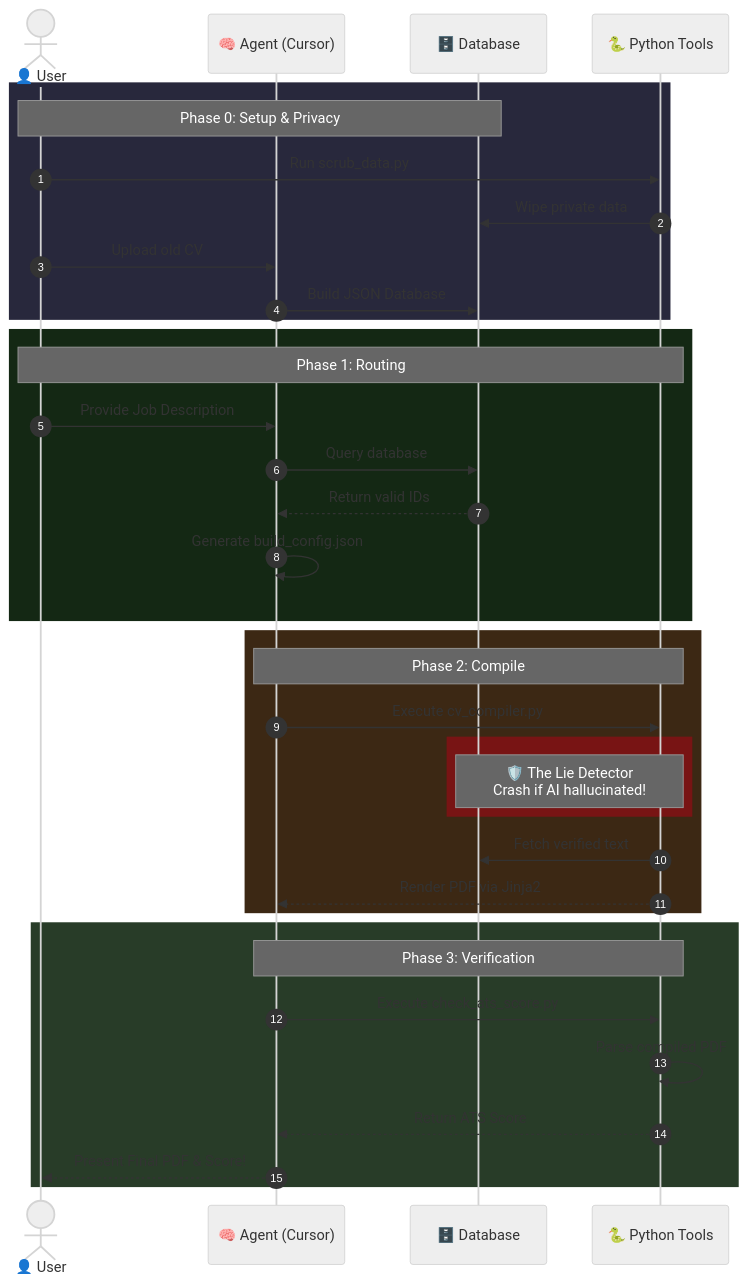
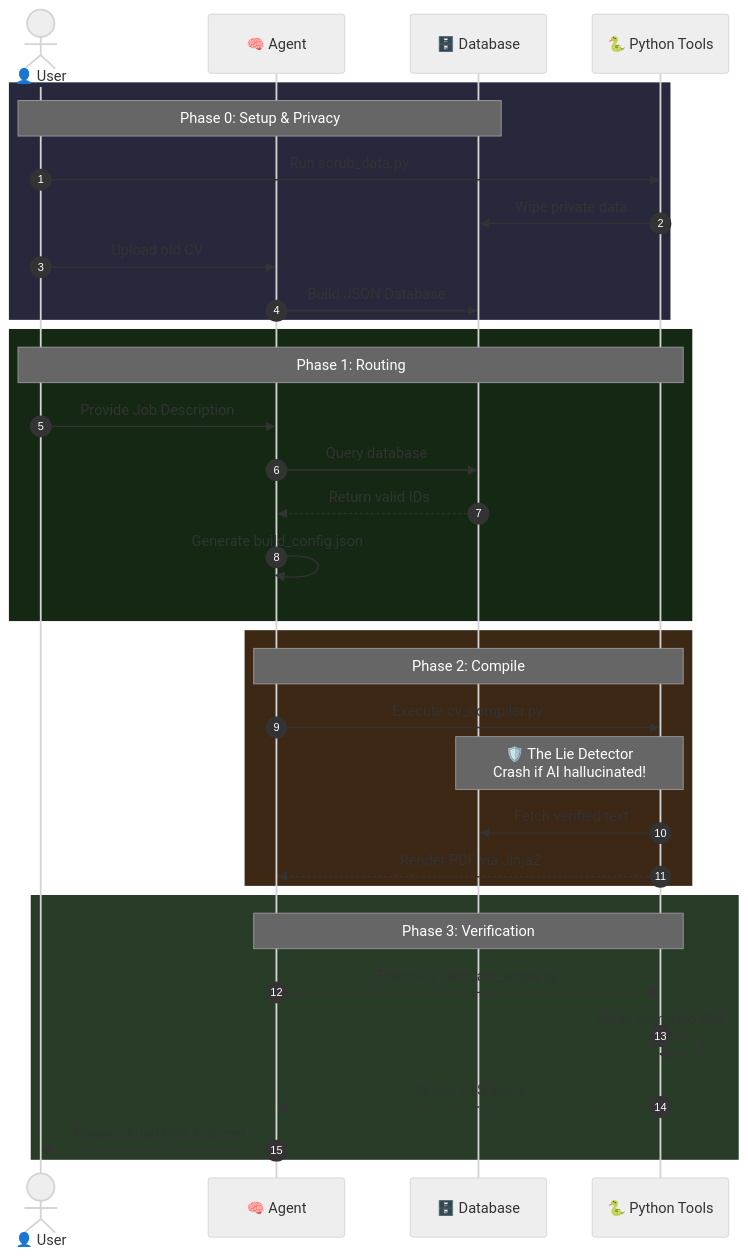
One commit to Gotili/EigenCV changed the diagram in README.md. Above: the diagram before and after it, drawn with Mermaid (neutral theme). The commit also changed other lines of this file, not shown here.

````diff
--- a/README.md
+++ b/README.md
@@ -120,43 +122,40 @@
 ```mermaid
 sequenceDiagram
     autonumber
     actor U as 👤 User
-    participant LLM as 🧠 Agent (Cursor)
+    participant LLM as 🧠 Agent
     participant DB as 🗄️ Database
     participant Py as 🐍 Python Tools
 
     rect rgb(40, 40, 60)
     Note over U,DB: Phase 0: Setup & Privacy
     U->>Py: Run scrub_data.py
     Py->>DB: Wipe private data
     U->>LLM: Upload old CV
     LLM->>DB: Build JSON Database
     end
 
     rect rgb(20, 40, 20)
     Note over U,Py: Phase 1: Routing
     U->>LLM: Provide Job Description
     LLM->>DB: Query database
     DB-->>LLM: Return valid IDs
     LLM->>LLM: Generate build_config.json
     end
     
     rect rgb(60, 40, 20)
     Note over LLM,Py: Phase 2: Compile
     LLM->>Py: Execute cv_compiler.py
-    rect rgb(120, 20, 20)
     Note over Py,DB: 🛡️ The Lie Detector<br>Crash if AI hallucinated!
-    end
-    
     Py->>DB: Fetch verified text
     Py-->>LLM: Render PDF via Jinja2
     end
     
     rect rgb(40, 60, 40)
     Note over LLM,Py: Phase 3: Verification
     LLM->>Py: Execute check_ats_score.py
     Py->>Py: Parse compiled PDF
     Py-->>LLM: Return ATS Score
     LLM-->>U: Present Final PDF & Score!
     end
 ```
````
